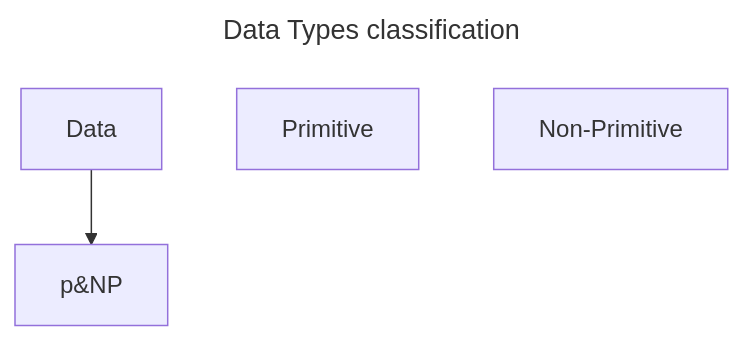
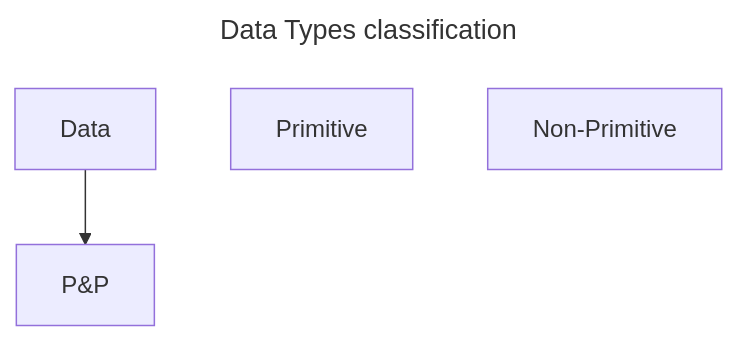
One commit to ssahu200122/Obsidian-vault changed the diagram in Notes/OSSU/Core CS/Core Programming/Systemactic Program design/HtDD.md. Above: the diagram before and after it, drawn with Mermaid.

Commit message:
vault backup: 2025-03-06 22:20:31

````diff
--- a/Notes/OSSU/Core CS/Core Programming/Systemactic Program design/HtDD.md
+++ b/Notes/OSSU/Core CS/Core Programming/Systemactic Program design/HtDD.md
@@ -164,11 +164,11 @@
 ```mermaid
 ---
 title: Data Types classification
 ---
 flowchart TB
-    Data[Data]
+    A[Data]
     P[Primitive]
-    NP[Non-Primitive]
-    Data-->p&NP
+    N[Non-Primitive]
+    A-->P&P
 
 ```
````
